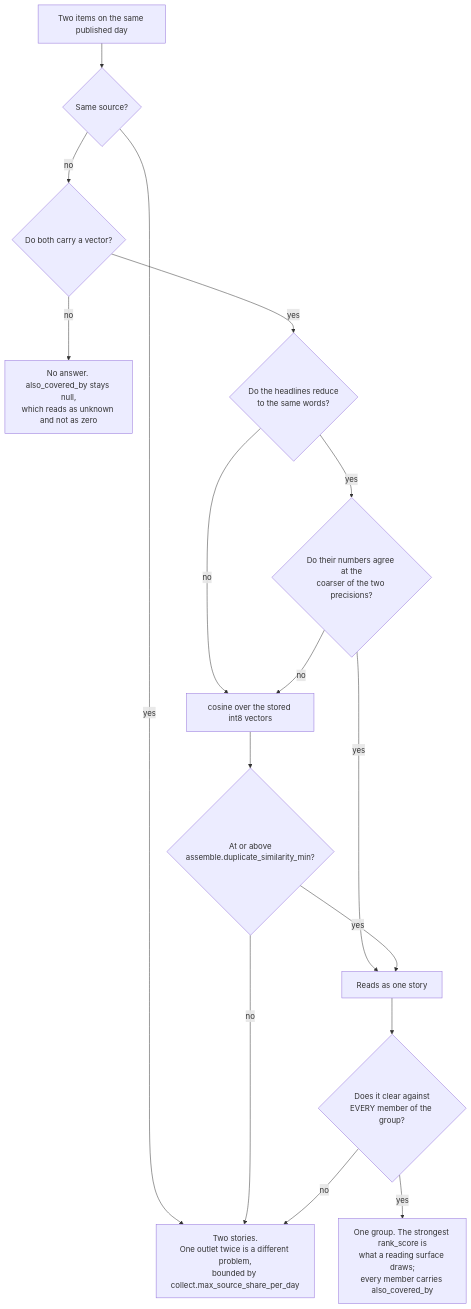
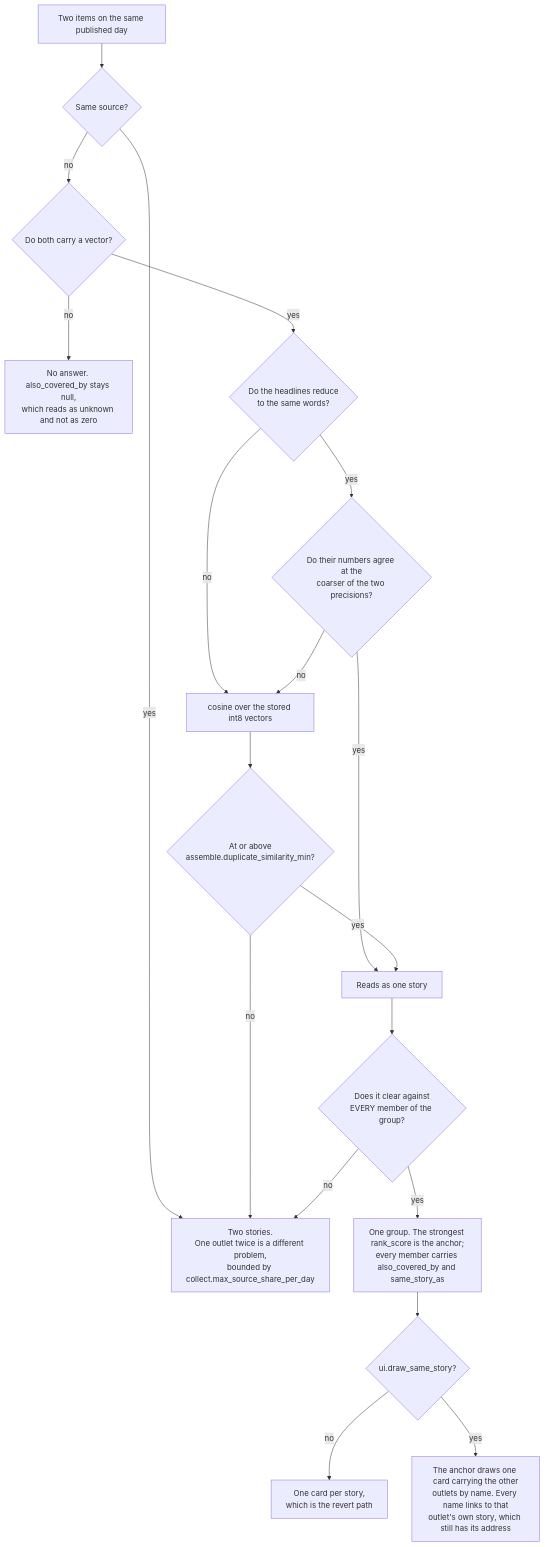
One commit to miztiik/yen-idhazh changed the diagram in docs/architecture/publishing/layout.md. Above: the diagram before and after it, drawn with Mermaid. The commit also changed other lines of this file and 26 other files, not shown here.

First line of the commit message:
Draw the same-story collapse, with a publisher stack that links

````diff
--- a/docs/architecture/publishing/layout.md
+++ b/docs/architecture/publishing/layout.md
@@ -139,18 +140,21 @@
 ```mermaid
 flowchart TD
   start["Two items on the same published day"] --> src{"Same source?"}
   src -- yes --> apart["Two stories.<br/>One outlet twice is a different problem,<br/>bounded by collect.max_source_share_per_day"]
   src -- no --> vec{"Do both carry a vector?"}
   vec -- no --> unknown["No answer. also_covered_by stays null,<br/>which reads as unknown and not as zero"]
   vec -- yes --> shape{"Do the headlines reduce<br/>to the same words?"}
   shape -- yes --> nums{"Do their numbers agree at the<br/>coarser of the two precisions?"}
   shape -- no --> cos["cosine over the stored int8 vectors"]
   nums -- no --> cos
   nums -- yes --> fits["Reads as one story"]
   cos --> floor{"At or above<br/>assemble.duplicate_similarity_min?"}
   floor -- yes --> fits
   floor -- no --> apart
   fits --> all{"Does it clear against<br/>EVERY member of the group?"}
   all -- no --> apart
-  all -- yes --> join["One group. The strongest rank_score is<br/>what a reading surface draws;<br/>every member carries also_covered_by"]
+  all -- yes --> join["One group. The strongest rank_score is the anchor;<br/>every member carries also_covered_by and same_story_as"]
+  join --> draw{"ui.draw_same_story?"}
+  draw -- no --> own["One card per story,<br/>which is the revert path"]
+  draw -- yes --> fold["The anchor draws one card carrying the other<br/>outlets by name. Every name links to that<br/>outlet's own story, which still has its address"]
 ```
````
